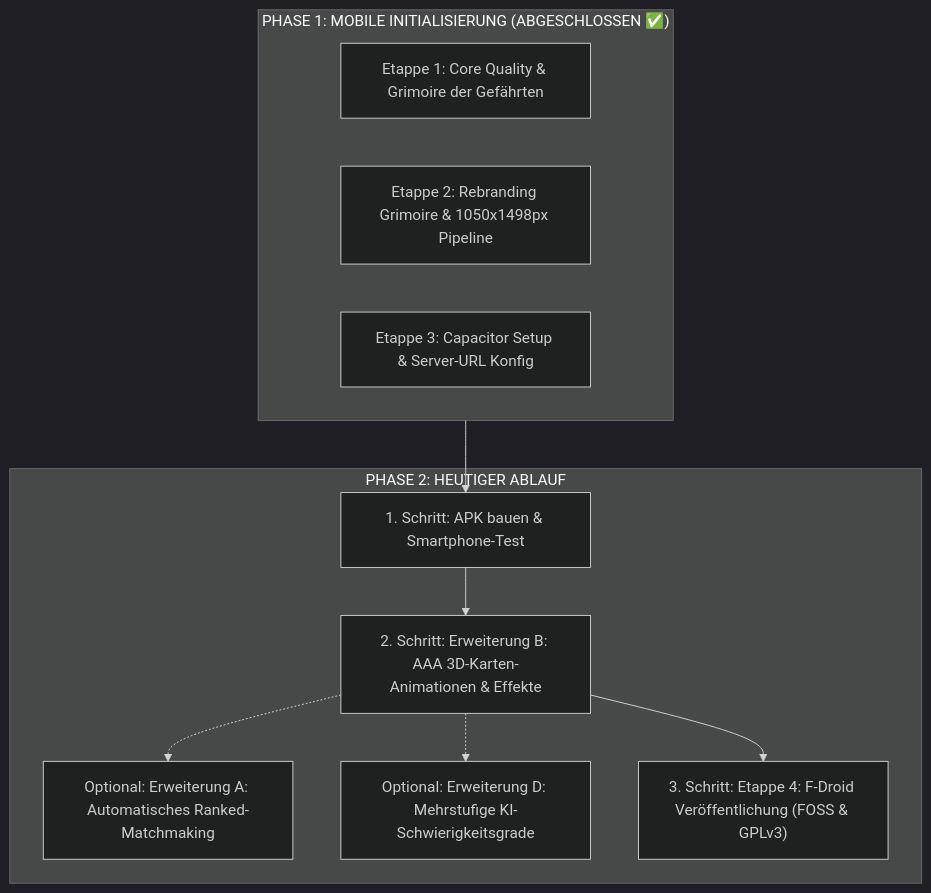
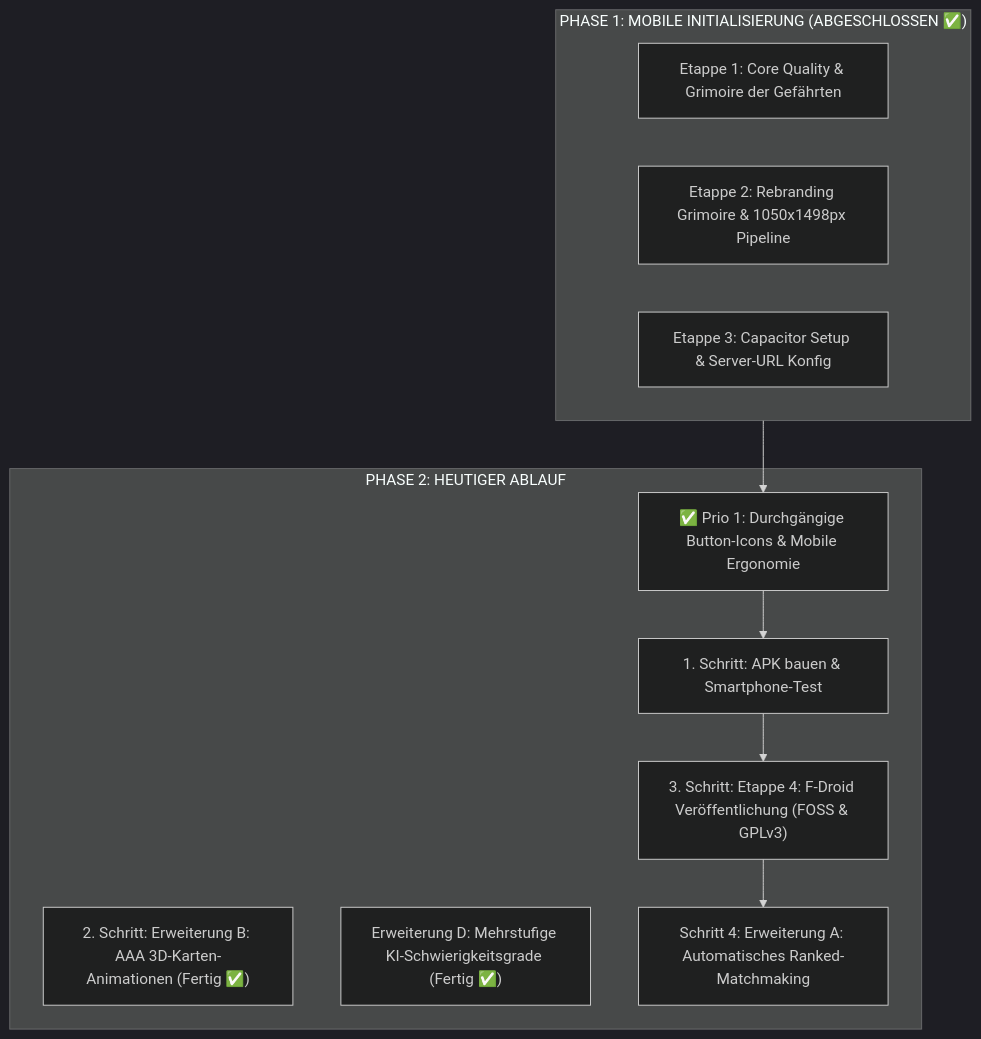
Before and after one commit to Apfeltaeschchen/wizard-game: the diagram in ROADMAP.md, drawn with Mermaid (dark theme). The commit also changed other lines of this file and 6 other files, not shown here.

First line of the commit message:
feat(ui): durchgaengige Button-Icons, WCAG 44px Touch-Targets & Responsive Hybrid Layout

````diff
--- a/ROADMAP.md
+++ b/ROADMAP.md
@@ -46,20 +46,19 @@
 ```mermaid
 flowchart TD
     subgraph P1["PHASE 1: MOBILE INITIALISIERUNG (ABGESCHLOSSEN ✅)"]
         E3_1["Etappe 1: Core Quality & Grimoire der Gefährten"]
         E3_2["Etappe 2: Rebranding Grimoire & 1050x1498px Pipeline"]
         E3_3["Etappe 3: Capacitor Setup & Server-URL Konfig"]
     end
 
     subgraph P2["PHASE 2: HEUTIGER ABLAUF"]
+        P_ICONS["✅ Prio 1: Durchgängige Button-Icons & Mobile Ergonomie"]
         S1["1. Schritt: APK bauen & Smartphone-Test"]
-        S2["2. Schritt: Erweiterung B: AAA 3D-Karten-Animationen & Effekte"]
-        S2A["Optional: Erweiterung A: Automatisches Ranked-Matchmaking"]
-        S2D["Optional: Erweiterung D: Mehrstufige KI-Schwierigkeitsgrade"]
+        S2["2. Schritt: Erweiterung B: AAA 3D-Karten-Animationen (Fertig ✅)"]
+        S2D["Erweiterung D: Mehrstufige KI-Schwierigkeitsgrade (Fertig ✅)"]
         S3["3. Schritt: Etappe 4: F-Droid Veröffentlichung (FOSS & GPLv3)"]
+        S2A["Schritt 4: Erweiterung A: Automatisches Ranked-Matchmaking"]
     end
 
-    P1 --> S1 --> S2 --> S3
-    S2 -.-> S2A
-    S2 -.-> S2D
+    P1 --> P_ICONS --> S1 --> S3 --> S2A
 ```
````
